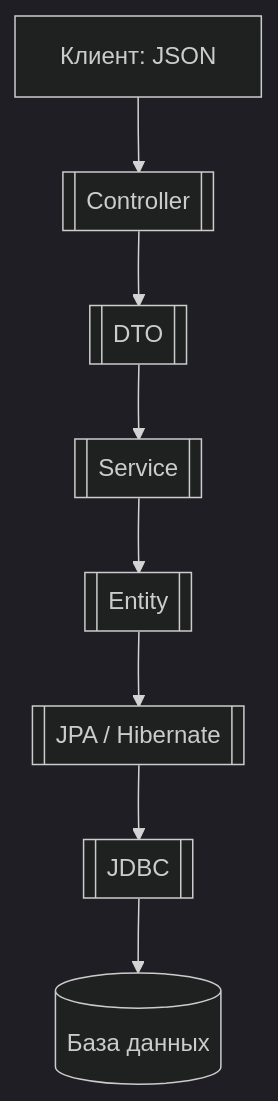
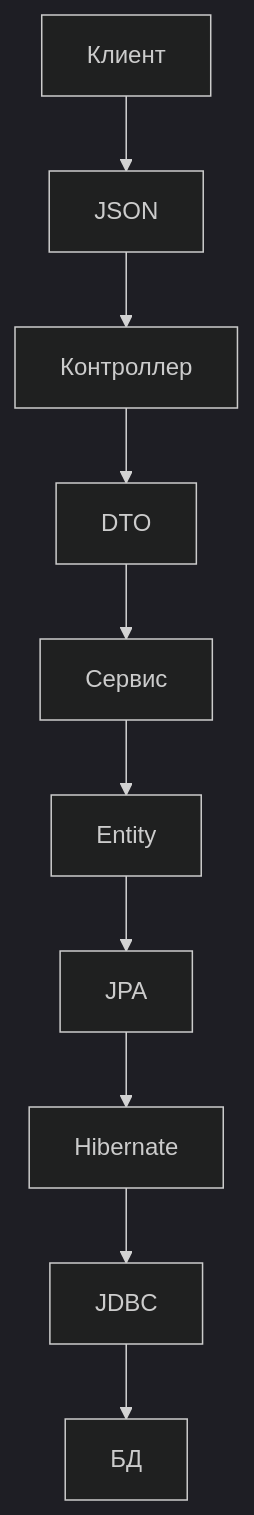
The first of 2 diagrams in Программирование/Java/Spring/Структурированные термины и т.д..md (Fab3693/Obsidian), drawn with Mermaid (dark theme) before and after one commit. The commit also changed other lines of this file, not shown here.

````diff
--- a/Программирование/Java/Spring/Структурированные термины и т.д..md
+++ b/Программирование/Java/Spring/Структурированные термины и т.д..md
@@ -133,10 +130,12 @@
 ```mermaid
 graph TD
-A[Клиент: JSON] --> B[[Controller]]
-B --> C[[DTO]]
-C --> D[[Service]]
-D --> E[[Entity]]
-E --> F[[JPA / Hibernate]]
-F --> G[[JDBC]]
-G --> H[(База данных)]
+  A[Клиент] --> B[JSON]
+  B --> C[Контроллер]
+  C --> D[DTO]
+  D --> E[Сервис]
+  E --> F[Entity]
+  F --> G[JPA]
+  G --> H[Hibernate]
+  H --> I[JDBC]
+  I --> J[БД]
 ```
````
